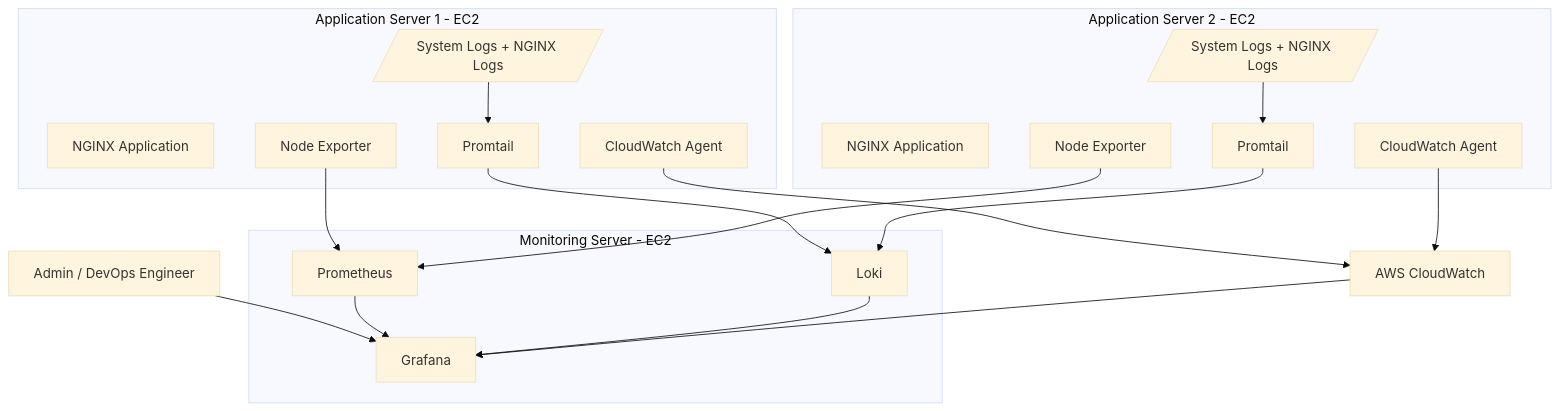
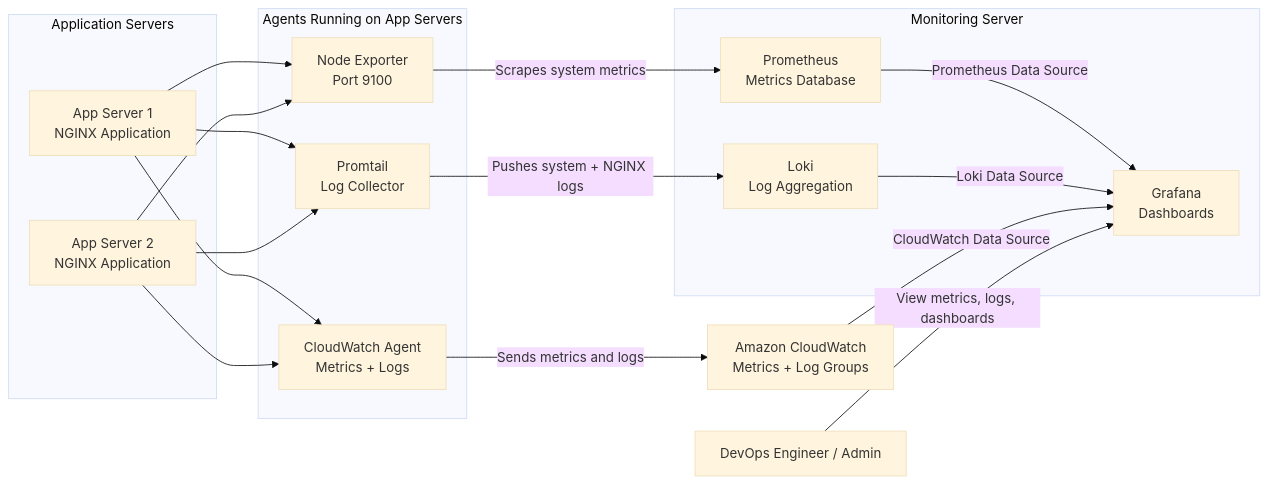
The diagram in README.md (Its-Shiivam22/Cloud-Native-Observability-Platform), drawn with Mermaid (base theme) before and after one commit.

````diff
--- a/README.md
+++ b/README.md
@@ -93,42 +93,68 @@
 ```mermaid
-flowchart TD
-    Admin[Admin / DevOps Engineer] --> Grafana[Grafana Dashboard]
+flowchart LR
 
-    subgraph MonitoringServer[Monitoring Server - EC2]
-        Prometheus[Prometheus]
-        Grafana[Grafana]
-        Loki[Loki]
+    %% =========================
+    %% USERS
+    %% =========================
+    Admin["DevOps Engineer / Admin"]
+
+    %% =========================
+    %% APPLICATION SERVERS
+    %% =========================
+    subgraph Apps["Application Servers"]
+        App1["App Server 1<br/>NGINX Application"]
+        App2["App Server 2<br/>NGINX Application"]
     end
 
-    subgraph AppServer1[Application Server 1 - EC2]
-        Nginx1[NGINX Application]
-        NodeExporter1[Node Exporter]
-        Promtail1[Promtail]
-        CWAgent1[CloudWatch Agent]
-        Logs1[/System Logs + NGINX Logs/]
+    %% =========================
+    %% AGENTS
+    %% =========================
+    subgraph Agents["Agents Running on App Servers"]
+        NodeExporter["Node Exporter<br/>Port 9100"]
+        Promtail["Promtail<br/>Log Collector"]
+        CWAgent["CloudWatch Agent<br/>Metrics + Logs"]
     end
 
-    subgraph AppServer2[Application Server 2 - EC2]
-        Nginx2[NGINX Application]
-        NodeExporter2[Node Exporter]
-        Promtail2[Promtail]
-        CWAgent2[CloudWatch Agent]
-        Logs2[/System Logs + NGINX Logs/]
+    %% =========================
+    %% MONITORING SERVER
+    %% =========================
+    subgraph Monitoring["Monitoring Server"]
+        Prometheus["Prometheus<br/>Metrics Database"]
+        Loki["Loki<br/>Log Aggregation"]
+        Grafana["Grafana<br/>Dashboards"]
     end
 
-    NodeExporter1 --> Prometheus
-    NodeExporter2 --> Prometheus
+    %% =========================
+    %% AWS NATIVE MONITORING
+    %% =========================
+    CloudWatch["Amazon CloudWatch<br/>Metrics + Log Groups"]
 
-    Promtail1 --> Loki
-    Promtail2 --> Loki
+    %% =========================
+    %% METRICS FLOW
+    %% =========================
+    App1 --> NodeExporter
+    App2 --> NodeExporter
+    NodeExporter -->|"Scrapes system metrics"| Prometheus
+    Prometheus -->|"Prometheus Data Source"| Grafana
 
-    Logs1 --> Promtail1
-    Logs2 --> Promtail2
+    %% =========================
+    %% LOGS FLOW
+    %% =========================
+    App1 --> Promtail
+    App2 --> Promtail
+    Promtail -->|"Pushes system + NGINX logs"| Loki
+    Loki -->|"Loki Data Source"| Grafana
 
-    CWAgent1 --> CloudWatch[AWS CloudWatch]
-    CWAgent2 --> CloudWatch
+    %% =========================
+    %% CLOUDWATCH FLOW
+    %% =========================
+    App1 --> CWAgent
+    App2 --> CWAgent
+    CWAgent -->|"Sends metrics and logs"| CloudWatch
+    CloudWatch -->|"CloudWatch Data Source"| Grafana
 
-    Prometheus --> Grafana
-    Loki --> Grafana
-    CloudWatch --> Grafana
+    %% =========================
+    %% DASHBOARD ACCESS
+    %% =========================
+    Admin -->|"View metrics, logs, dashboards"| Grafana
 ```
````
